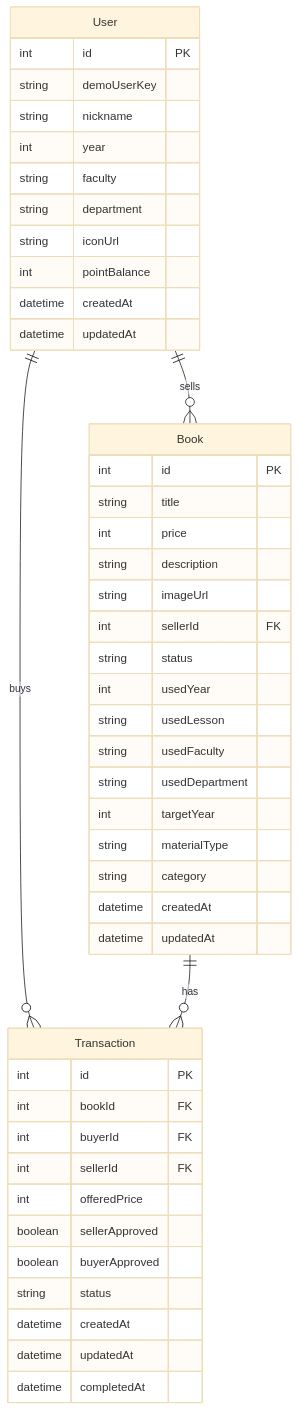
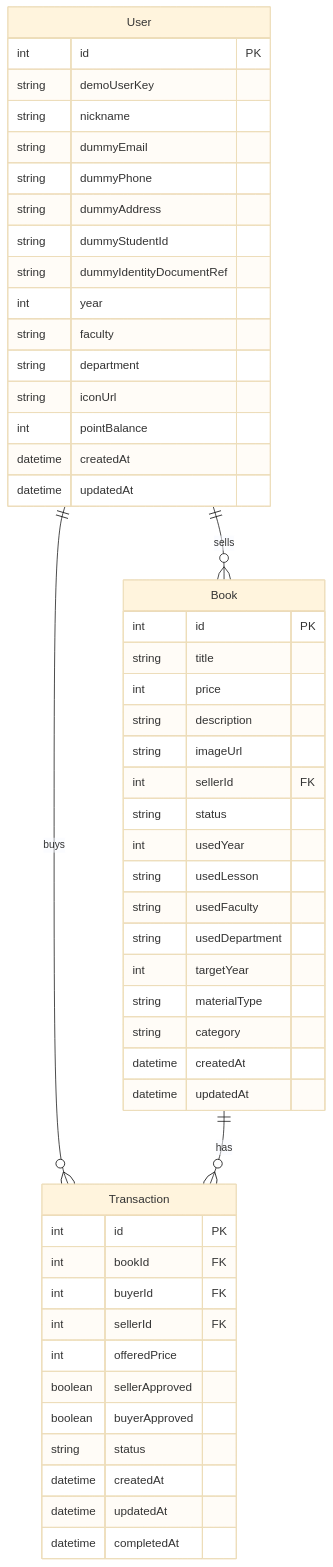
Before and after one commit to Shundai0110/webproFinalApp: the fourth of 6 diagrams in README.md, drawn with Mermaid (base theme). The commit also changed other lines of this file and 1 other file, not shown here.

````diff
--- a/README.md
+++ b/README.md
@@ -797,52 +806,57 @@
 ```mermaid
 erDiagram
     User ||--o{ Book : sells
     User ||--o{ Transaction : buys
     Book ||--o{ Transaction : has
 
     User {
         int id PK
         string demoUserKey
         string nickname
+        string dummyEmail
+        string dummyPhone
+        string dummyAddress
+        string dummyStudentId
+        string dummyIdentityDocumentRef
         int year
         string faculty
         string department
         string iconUrl
         int pointBalance
         datetime createdAt
         datetime updatedAt
     }
 
     Book {
         int id PK
         string title
         int price
         string description
         string imageUrl
         int sellerId FK
         string status
         int usedYear
         string usedLesson
         string usedFaculty
         string usedDepartment
         int targetYear
         string materialType
         string category
         datetime createdAt
         datetime updatedAt
     }
 
     Transaction {
         int id PK
         int bookId FK
         int buyerId FK
         int sellerId FK
         int offeredPrice
         boolean sellerApproved
         boolean buyerApproved
         string status
         datetime createdAt
         datetime updatedAt
         datetime completedAt
     }
 ```
````
